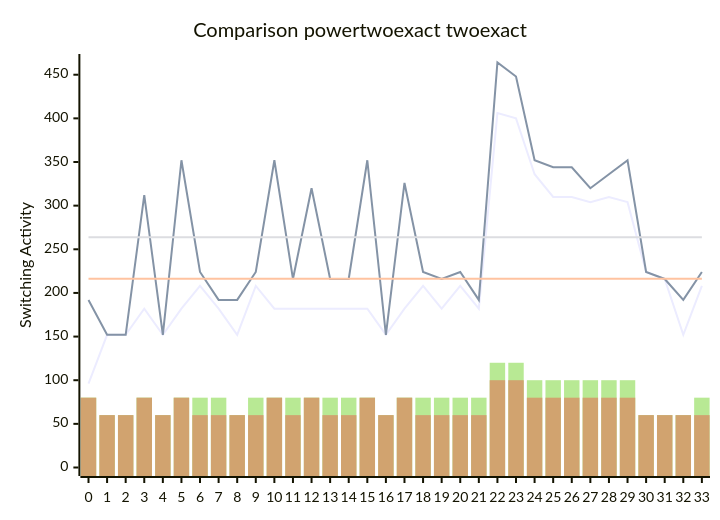
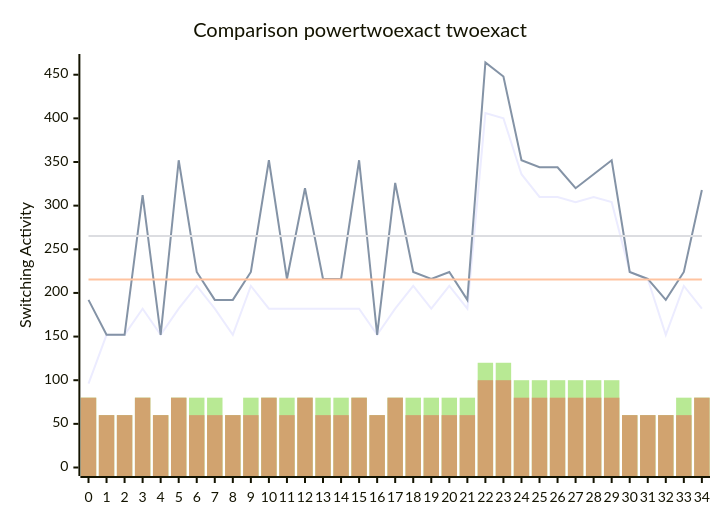
The diagram in benchmark.md (FeldmeierMichael/Exact-Power-Synthesis), drawn with Mermaid before and after one commit. The commit also changed other lines of this file and 2 other files, not shown here.

````diff
--- a/benchmark.md
+++ b/benchmark.md
@@ -69,12 +71,12 @@
 ```mermaid
 xychart-beta
     title "Comparison powertwoexact twoexact"
-    x-axis [0, 1, 2, 3, 4, 5, 6, 7, 8, 9, 10, 11, 12, 13, 14, 15, 16, 17, 18, 19, 20, 21, 22, 23, 24, 25, 26, 27, 28, 29, 30, 31, 32, 33]
+    x-axis [0, 1, 2, 3, 4, 5, 6, 7, 8, 9, 10, 11, 12, 13, 14, 15, 16, 17, 18, 19, 20, 21, 22, 23, 24, 25, 26, 27, 28, 29, 30, 31, 32, 33, 34]
     y-axis "Switching Activity" 0-->464
-    line [96, 152, 152, 182, 152, 182, 208, 182, 152, 208, 182, 182, 182, 182, 182, 182, 152, 182, 208, 182, 208, 182, 406, 400, 336, 310, 310, 304, 310, 304, 224, 216, 152, 208]
-    line [192, 152, 152, 312, 152, 352, 224, 192, 192, 224, 352, 216, 320, 216, 216, 352, 152, 326, 224, 216, 224, 192, 464, 448, 352, 344, 344, 320, 336, 352, 224, 216, 192, 224]
-    line [216.23529411764707, 216.23529411764707, 216.23529411764707, 216.23529411764707, 216.23529411764707, 216.23529411764707, 216.23529411764707, 216.23529411764707, 216.23529411764707, 216.23529411764707, 216.23529411764707, 216.23529411764707, 216.23529411764707, 216.23529411764707, 216.23529411764707, 216.23529411764707, 216.23529411764707, 216.23529411764707, 216.23529411764707, 216.23529411764707, 216.23529411764707, 216.23529411764707, 216.23529411764707, 216.23529411764707, 216.23529411764707, 216.23529411764707, 216.23529411764707, 216.23529411764707, 216.23529411764707, 216.23529411764707, 216.23529411764707, 216.23529411764707, 216.23529411764707, 216.23529411764707]
-    line [263.70588235294116, 263.70588235294116, 263.70588235294116, 263.70588235294116, 263.70588235294116, 263.70588235294116, 263.70588235294116, 263.70588235294116, 263.70588235294116, 263.70588235294116, 263.70588235294116, 263.70588235294116, 263.70588235294116, 263.70588235294116, 263.70588235294116, 263.70588235294116, 263.70588235294116, 263.70588235294116, 263.70588235294116, 263.70588235294116, 263.70588235294116, 263.70588235294116, 263.70588235294116, 263.70588235294116, 263.70588235294116, 263.70588235294116, 263.70588235294116, 263.70588235294116, 263.70588235294116, 263.70588235294116, 263.70588235294116, 263.70588235294116, 263.70588235294116, 263.70588235294116]
-    bar [80, 60, 60, 80, 60, 80, 80, 80, 60, 80, 80, 80, 80, 80, 80, 80, 60, 80, 80, 80, 80, 80, 120, 120, 100, 100, 100, 100, 100, 100, 60, 60, 60, 80]
-    bar [80, 60, 60, 80, 60, 80, 60, 60, 60, 60, 80, 60, 80, 60, 60, 80, 60, 80, 60, 60, 60, 60, 100, 100, 80, 80, 80, 80, 80, 80, 60, 60, 60, 60]
+    line [96, 152, 152, 182, 152, 182, 208, 182, 152, 208, 182, 182, 182, 182, 182, 182, 152, 182, 208, 182, 208, 182, 406, 400, 336, 310, 310, 304, 310, 304, 224, 216, 152, 208, 182]
+    line [192, 152, 152, 312, 152, 352, 224, 192, 192, 224, 352, 216, 320, 216, 216, 352, 152, 326, 224, 216, 224, 192, 464, 448, 352, 344, 344, 320, 336, 352, 224, 216, 192, 224, 318]
+    line [215.25714285714287, 215.25714285714287, 215.25714285714287, 215.25714285714287, 215.25714285714287, 215.25714285714287, 215.25714285714287, 215.25714285714287, 215.25714285714287, 215.25714285714287, 215.25714285714287, 215.25714285714287, 215.25714285714287, 215.25714285714287, 215.25714285714287, 215.25714285714287, 215.25714285714287, 215.25714285714287, 215.25714285714287, 215.25714285714287, 215.25714285714287, 215.25714285714287, 215.25714285714287, 215.25714285714287, 215.25714285714287, 215.25714285714287, 215.25714285714287, 215.25714285714287, 215.25714285714287, 215.25714285714287, 215.25714285714287, 215.25714285714287, 215.25714285714287, 215.25714285714287, 215.25714285714287]
+    line [265.25714285714287, 265.25714285714287, 265.25714285714287, 265.25714285714287, 265.25714285714287, 265.25714285714287, 265.25714285714287, 265.25714285714287, 265.25714285714287, 265.25714285714287, 265.25714285714287, 265.25714285714287, 265.25714285714287, 265.25714285714287, 265.25714285714287, 265.25714285714287, 265.25714285714287, 265.25714285714287, 265.25714285714287, 265.25714285714287, 265.25714285714287, 265.25714285714287, 265.25714285714287, 265.25714285714287, 265.25714285714287, 265.25714285714287, 265.25714285714287, 265.25714285714287, 265.25714285714287, 265.25714285714287, 265.25714285714287, 265.25714285714287, 265.25714285714287, 265.25714285714287, 265.25714285714287]
+    bar [80, 60, 60, 80, 60, 80, 80, 80, 60, 80, 80, 80, 80, 80, 80, 80, 60, 80, 80, 80, 80, 80, 120, 120, 100, 100, 100, 100, 100, 100, 60, 60, 60, 80, 80]
+    bar [80, 60, 60, 80, 60, 80, 60, 60, 60, 60, 80, 60, 80, 60, 60, 80, 60, 80, 60, 60, 60, 60, 100, 100, 80, 80, 80, 80, 80, 80, 60, 60, 60, 60, 80]
 ```
````
